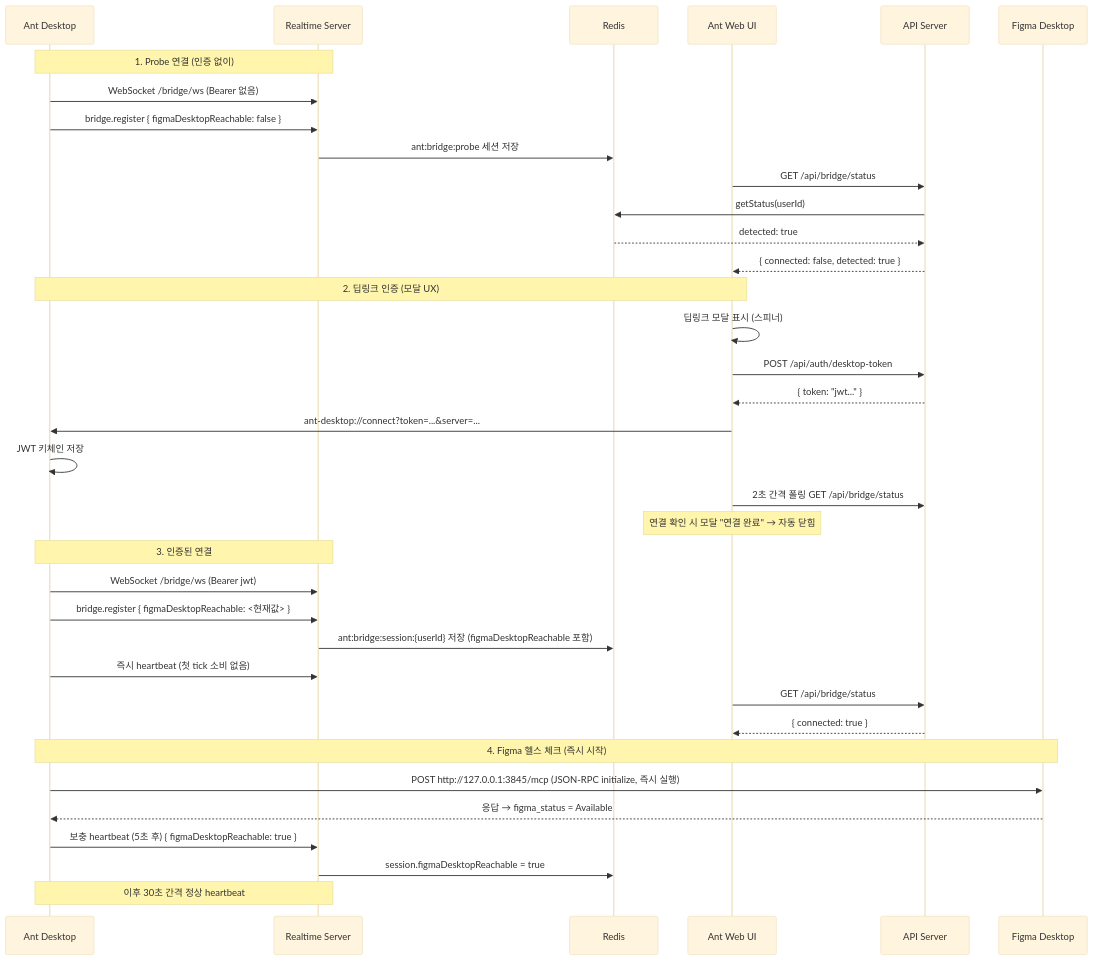
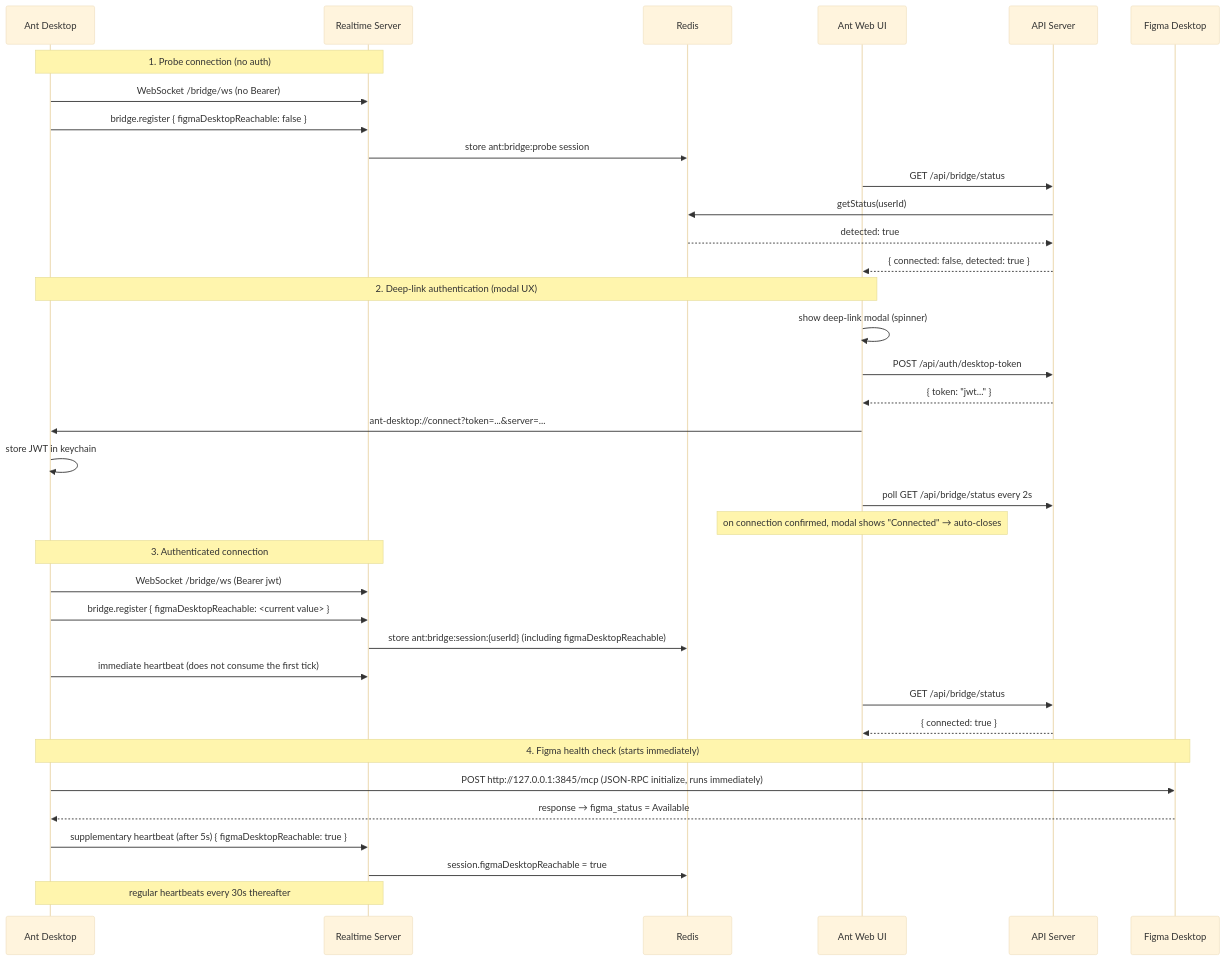
Before and after one commit to to-nexus/ant: the second of 2 diagrams in docs/internals/26-figma-integration-infra.md, drawn with Mermaid (base theme). The commit also changed other lines of this file and 82 other files, not shown here.

````diff
--- a/docs/internals/26-figma-integration-infra.md
+++ b/docs/internals/26-figma-integration-infra.md
@@ -40,42 +40,42 @@
 ```mermaid
 sequenceDiagram
   participant AD as Ant Desktop
   participant RS as Realtime Server
   participant Redis as Redis
   participant UI as Ant Web UI
   participant API as API Server
   participant FM as Figma Desktop
 
-  Note over AD,RS: 1. Probe 연결 (인증 없이)
-  AD->>RS: WebSocket /bridge/ws (Bearer 없음)
+  Note over AD,RS: 1. Probe connection (no auth)
+  AD->>RS: WebSocket /bridge/ws (no Bearer)
   AD->>RS: bridge.register { figmaDesktopReachable: false }
-  RS->>Redis: ant:bridge:probe 세션 저장
+  RS->>Redis: store ant:bridge:probe session
   UI->>API: GET /api/bridge/status
   API->>Redis: getStatus(userId)
   Redis-->>API: detected: true
   API-->>UI: { connected: false, detected: true }
 
-  Note over UI,AD: 2. 딥링크 인증 (모달 UX)
-  UI->>UI: 딥링크 모달 표시 (스피너)
+  Note over UI,AD: 2. Deep-link authentication (modal UX)
+  UI->>UI: show deep-link modal (spinner)
   UI->>API: POST /api/auth/desktop-token
   API-->>UI: { token: "jwt..." }
   UI->>AD: ant-desktop://connect?token=...&server=...
-  AD->>AD: JWT 키체인 저장
-  UI->>API: 2초 간격 폴링 GET /api/bridge/status
-  Note over UI: 연결 확인 시 모달 "연결 완료" → 자동 닫힘
+  AD->>AD: store JWT in keychain
+  UI->>API: poll GET /api/bridge/status every 2s
+  Note over UI: on connection confirmed, modal shows "Connected" → auto-closes
 
-  Note over AD,RS: 3. 인증된 연결
+  Note over AD,RS: 3. Authenticated connection
   AD->>RS: WebSocket /bridge/ws (Bearer jwt)
-  AD->>RS: bridge.register { figmaDesktopReachable: <현재값> }
-  RS->>Redis: ant:bridge:session:{userId} 저장 (figmaDesktopReachable 포함)
-  AD->>RS: 즉시 heartbeat (첫 tick 소비 없음)
+  AD->>RS: bridge.register { figmaDesktopReachable: <current value> }
+  RS->>Redis: store ant:bridge:session:{userId} (including figmaDesktopReachable)
+  AD->>RS: immediate heartbeat (does not consume the first tick)
   UI->>API: GET /api/bridge/status
   API-->>UI: { connected: true }
 
-  Note over AD,FM: 4. Figma 헬스 체크 (즉시 시작)
-  AD->>FM: POST http://127.0.0.1:3845/mcp (JSON-RPC initialize, 즉시 실행)
-  FM-->>AD: 응답 → figma_status = Available
-  AD->>RS: 보충 heartbeat (5초 후) { figmaDesktopReachable: true }
+  Note over AD,FM: 4. Figma health check (starts immediately)
+  AD->>FM: POST http://127.0.0.1:3845/mcp (JSON-RPC initialize, runs immediately)
+  FM-->>AD: response → figma_status = Available
+  AD->>RS: supplementary heartbeat (after 5s) { figmaDesktopReachable: true }
   RS->>Redis: session.figmaDesktopReachable = true
-  Note over AD,RS: 이후 30초 간격 정상 heartbeat
+  Note over AD,RS: regular heartbeats every 30s thereafter
 ```
````
